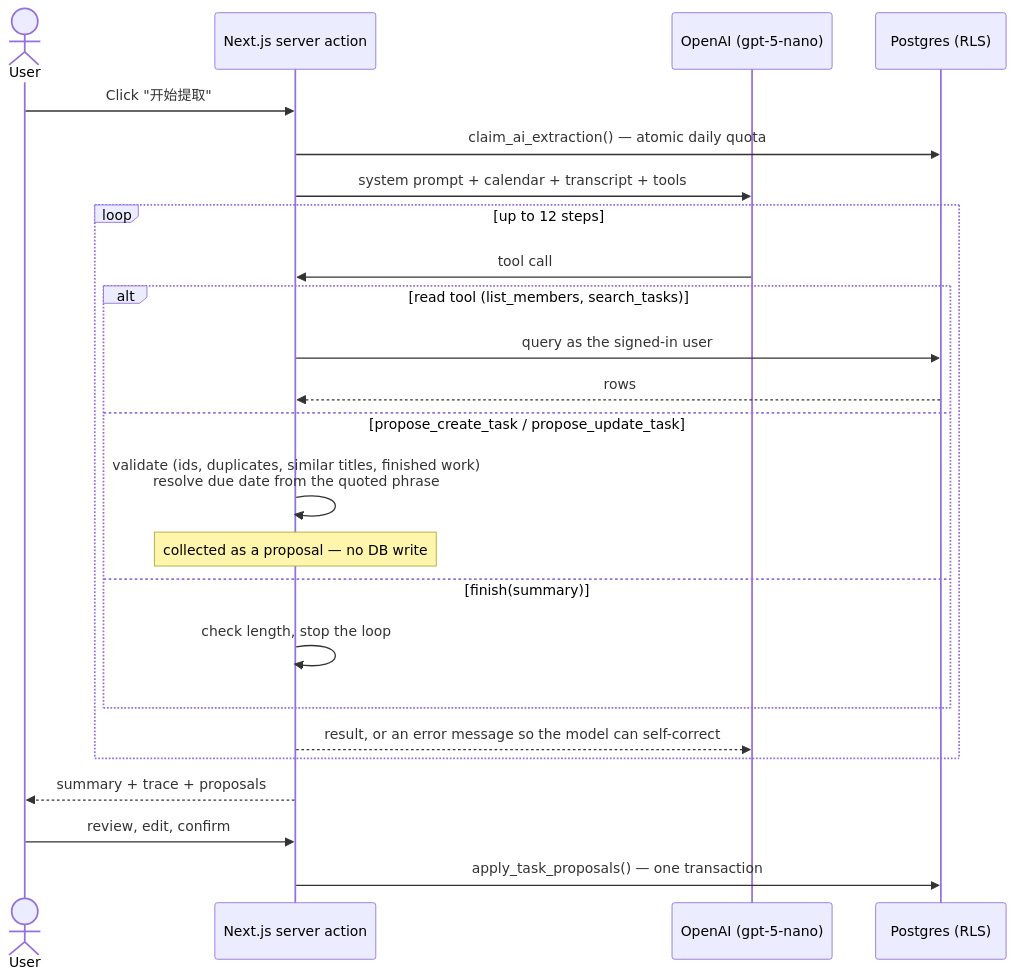
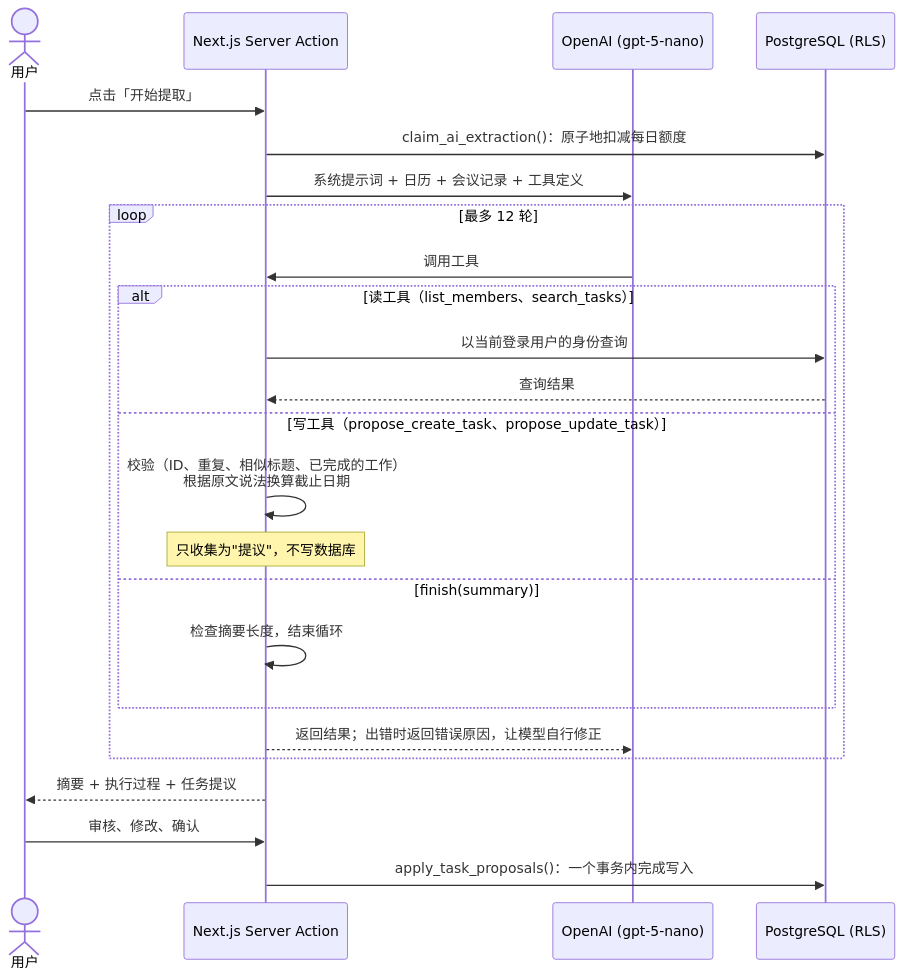
One commit to MARCHTOWNE/Meeting-Task changed the first of 2 diagrams in README.md. Above: the diagram before and after it, drawn with Mermaid. The commit also changed other lines of this file and 3 other files, not shown here.

````diff
--- a/README.md
+++ b/README.md
@@ -33,27 +35,27 @@
 ```mermaid
 sequenceDiagram
-    actor User
-    participant App as Next.js server action
+    actor 用户
+    participant App as Next.js Server Action
     participant LLM as OpenAI (gpt-5-nano)
-    participant DB as Postgres (RLS)
+    participant DB as PostgreSQL (RLS)
 
-    User->>App: Click "开始提取"
-    App->>DB: claim_ai_extraction() — atomic daily quota
-    App->>LLM: system prompt + calendar + transcript + tools
-    loop up to 12 steps
-        LLM->>App: tool call
-        alt read tool (list_members, search_tasks)
-            App->>DB: query as the signed-in user
-            DB-->>App: rows
-        else propose_create_task / propose_update_task
-            App->>App: validate (ids, duplicates, similar titles, finished work)<br/>resolve due date from the quoted phrase
-            Note over App: collected as a proposal — no DB write
+    用户->>App: 点击「开始提取」
+    App->>DB: claim_ai_extraction()：原子地扣减每日额度
+    App->>LLM: 系统提示词 + 日历 + 会议记录 + 工具定义
+    loop 最多 12 轮
+        LLM->>App: 调用工具
+        alt 读工具（list_members、search_tasks）
+            App->>DB: 以当前登录用户的身份查询
+            DB-->>App: 查询结果
+        else 写工具（propose_create_task、propose_update_task）
+            App->>App: 校验（ID、重复、相似标题、已完成的工作）<br/>根据原文说法换算截止日期
+            Note over App: 只收集为"提议"，不写数据库
         else finish(summary)
-            App->>App: check length, stop the loop
+            App->>App: 检查摘要长度，结束循环
         end
-        App-->>LLM: result, or an error message so the model can self-correct
+        App-->>LLM: 返回结果；出错时返回错误原因，让模型自行修正
     end
-    App-->>User: summary + trace + proposals
-    User->>App: review, edit, confirm
-    App->>DB: apply_task_proposals() — one transaction
+    App-->>用户: 摘要 + 执行过程 + 任务提议
+    用户->>App: 审核、修改、确认
+    App->>DB: apply_task_proposals()：一个事务内完成写入
 ```
````
